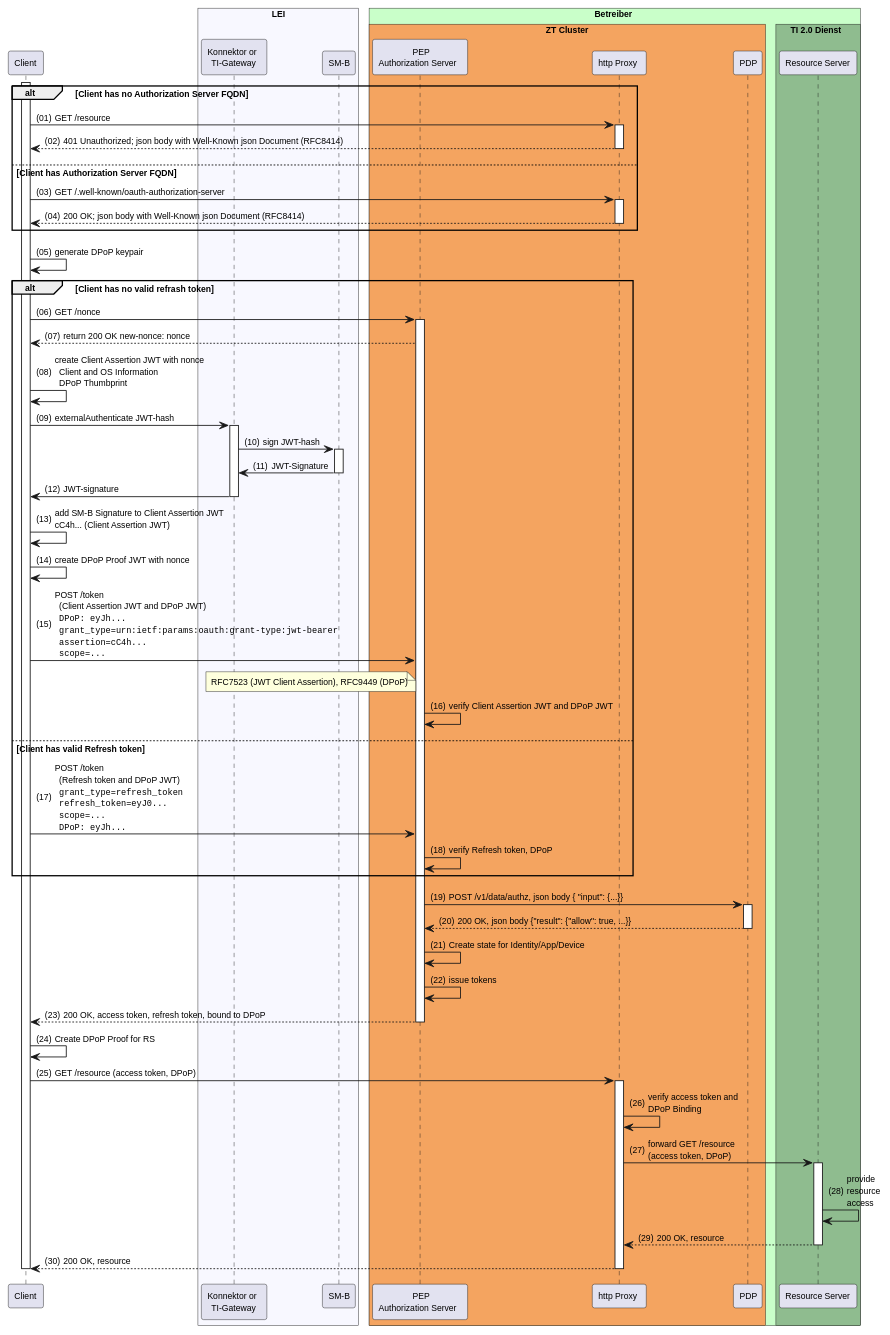
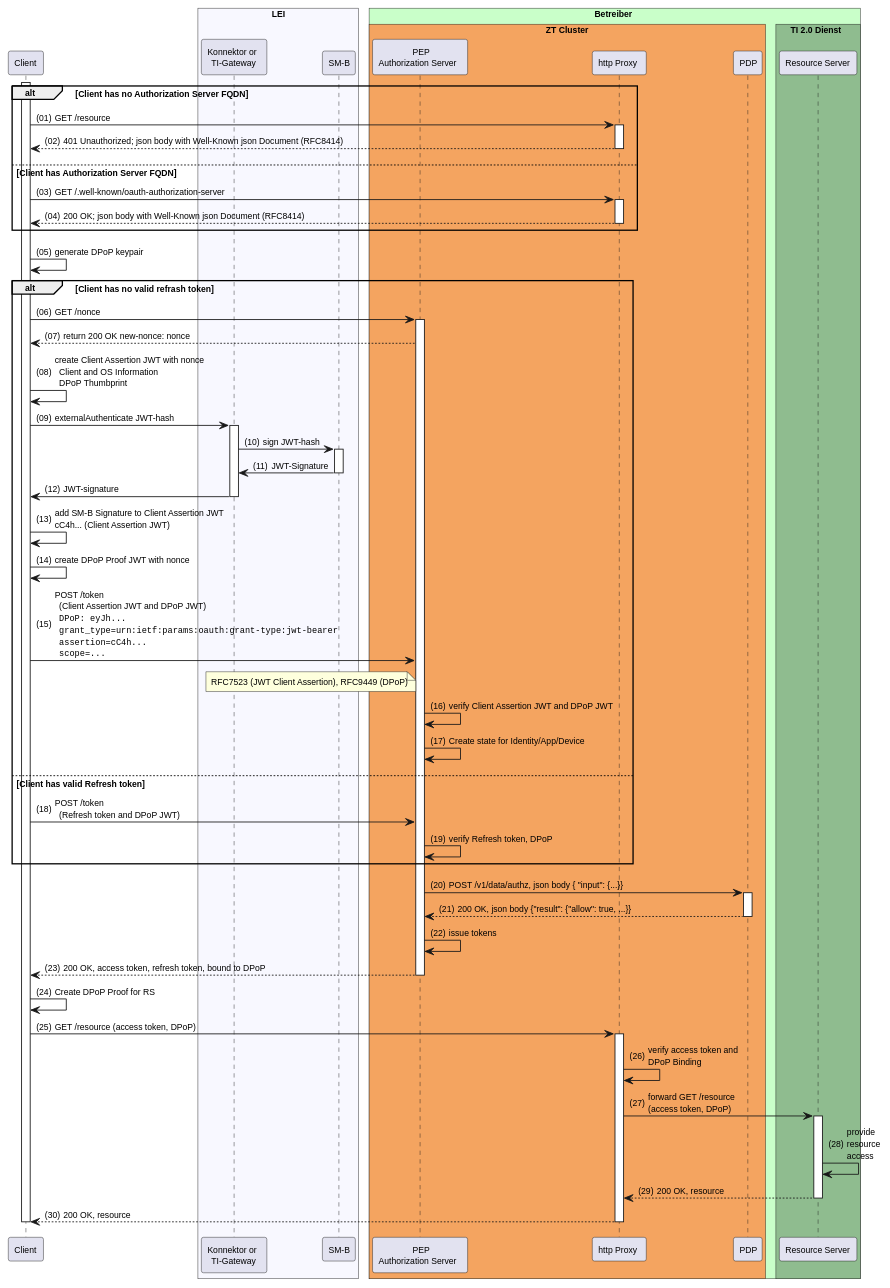
Before and after one commit to gematik/spec-t20r: the diagram in src/plantuml/sm-b-auth.puml, drawn with PlantUML.

```diff
--- a/src/plantuml/sm-b-auth.puml
+++ b/src/plantuml/sm-b-auth.puml
@@ -1,104 +1,100 @@
 @startuml "SM-B_Auth_with_DPoP"
 autonumber "(00)"
 skinparam defaultFontSize 10
 skinparam defaultFontName Helvetica
 skinparam DefaultMonospacedFontName Courier
 skinparam lengthAdjust none
 
 !pragma teoz true
 
 participant Client
 box "LEI" #GhostWhite
     participant Konnektor as "Konnektor or\nTI-Gateway"
     participant SMB as "SM-B"
 end box
 
 box "Betreiber" #TECHNOLOGY
     box "ZT Cluster" #SandyBrown
         participant AuthS as "PEP\nAuthorization Server" 
         participant HP as "http Proxy"
         participant PDP as "PDP"
     endbox
     box TI 2.0 Dienst #DarkSeaGreen
         participant RS as "Resource Server"
     endbox
 end box
 
 activate Client
 alt Client has no Authorization Server FQDN
     Client -> HP: GET /resource
     activate HP
     HP --> Client: 401 Unauthorized; json body with Well-Known json Document (RFC8414)
     deactivate HP
 else Client has Authorization Server FQDN
     Client -> HP: GET /.well-known/oauth-authorization-server 
     activate HP
     HP --> Client: 200 OK; json body with Well-Known json Document (RFC8414)
     deactivate HP
 end
 
 Client -> Client: generate DPoP keypair
 alt Client has no valid refrash token
 Client -> AuthS: GET /nonce
 activate AuthS
 AuthS --> Client: return 200 OK new-nonce: nonce
 Client -> Client: create Client Assertion JWT with nonce\n  Client and OS Information\n  DPoP Thumbprint
 Client -> Konnektor: externalAuthenticate JWT-hash
 activate Konnektor
 Konnektor -> SMB: sign JWT-hash
 activate SMB
 SMB -> Konnektor: JWT-Signature
 deactivate SMB
 Konnektor -> Client: JWT-signature
 deactivate Konnektor
 
 Client -> Client: add SM-B Signature to Client Assertion JWT\n\
 cC4h... (Client Assertion JWT)
 Client -> Client: create DPoP Proof JWT with nonce
 Client -> AuthS: POST /token\n\
   (Client Assertion JWT and DPoP JWT)\n\
   ""DPoP: eyJh...""\n\
   ""grant_type=urn:ietf:params:oauth:grant-type:jwt-bearer""\n\
   ""assertion=cC4h...""\n\
   ""scope=...""
 note left of AuthS
   RFC7523 (JWT Client Assertion), RFC9449 (DPoP)
 end note
 AuthS -> AuthS: verify Client Assertion JWT and DPoP JWT
+AuthS -> AuthS: Create state for Identity/App/Device
 else Client has valid Refresh token
 Client -> AuthS: POST /token\n\
-  (Refresh token and DPoP JWT)\n\
-  ""grant_type=refresh_token""\n\
-  ""refresh_token=eyJ0...""\n\
-  ""scope=...""\n\
-  ""DPoP: eyJh...""
+  (Refresh token and DPoP JWT)
 AuthS -> AuthS: verify Refresh token, DPoP
 end
 
 AuthS -> PDP: POST /v1/data/authz, json body {  "input": {...}} 
 activate PDP
 PDP --> AuthS: 200 OK, json body {"result": {"allow": true, ...}}
 deactivate PDP
-AuthS -> AuthS: Create state for Identity/App/Device
 AuthS -> AuthS: issue tokens
 AuthS --> Client: 200 OK, access token, refresh token, bound to DPoP
 deactivate AuthS
 Client -> Client: Create DPoP Proof for RS
 
 Client -> HP: GET /resource (access token, DPoP)
 activate HP
 HP -> HP: verify access token and\nDPoP Binding
 HP -> RS: forward GET /resource\n\
 (access token, DPoP)
 activate RS
 RS -> RS: provide\n\
 resource\n\
 access
 RS --> HP: 200 OK, resource
 deactivate RS
 HP --> Client: 200 OK, resource
 deactivate HP
 deactivate RS
 deactivate Client
 
 @enduml
```
